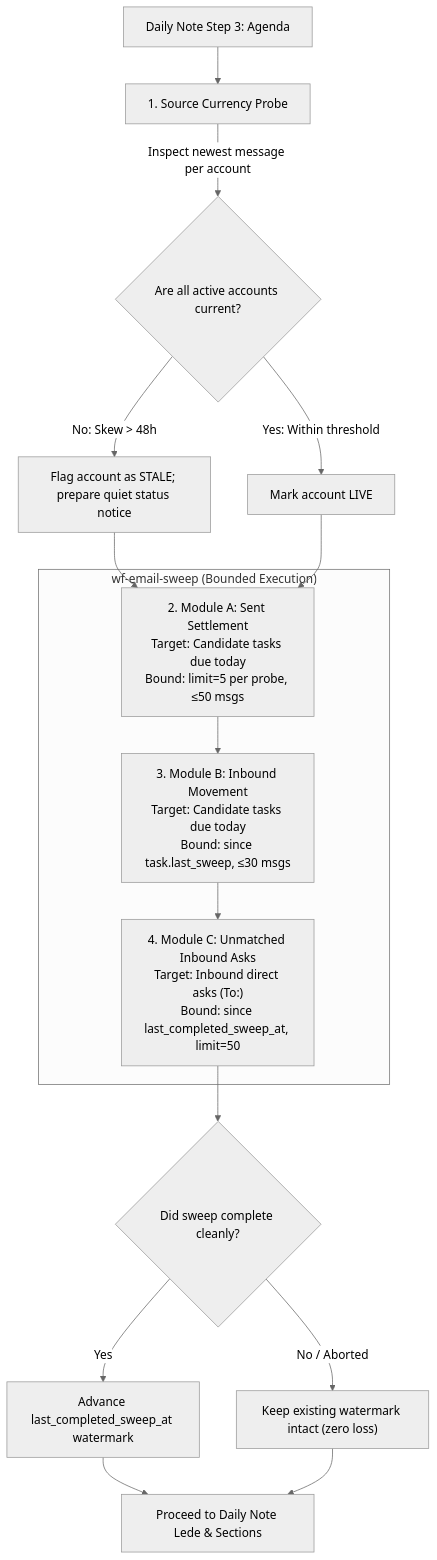
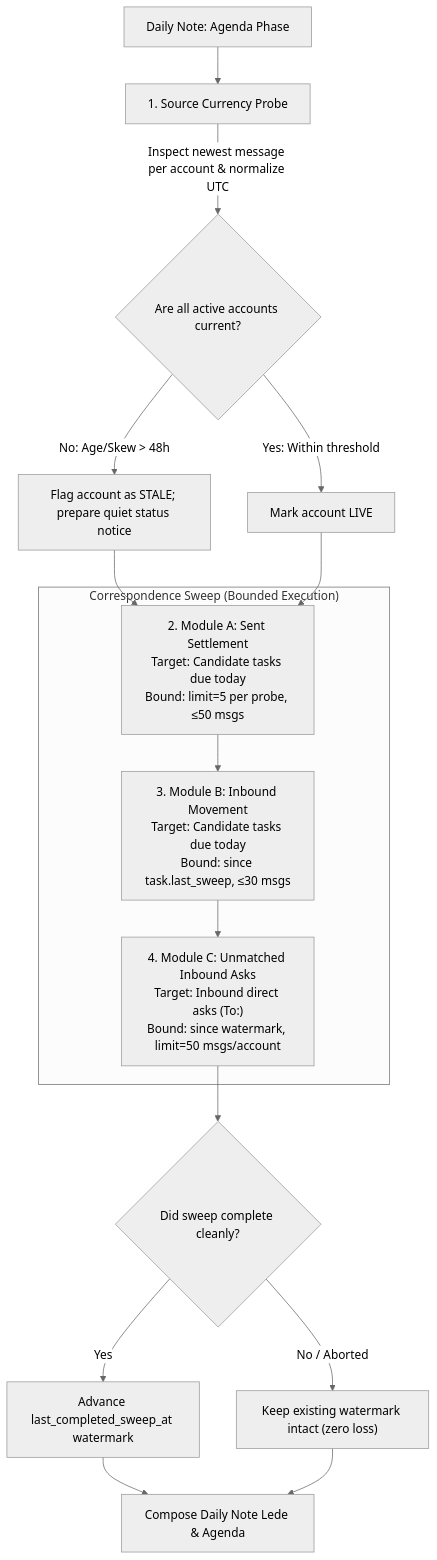
Before and after one commit to nicsuzor/academicOps: the diagram in specs/enforcement/bounded-correspondence-sweep.md, drawn with Mermaid (neutral theme). The commit also changed other lines of this file and 1 other file, not shown here.

````diff
--- a/specs/enforcement/bounded-correspondence-sweep.md
+++ b/specs/enforcement/bounded-correspondence-sweep.md
@@ -98,24 +94,24 @@
 ```mermaid
 flowchart TD
-    START["Daily Note Step 3: Agenda"] --> SRC["1. Source Currency Probe"]
-    SRC -->|Inspect newest message per account| EVAL_SRC{"Are all active accounts current?"}
-    
-    EVAL_SRC -->|No: Skew > 48h| STALE["Flag account as STALE; prepare quiet status notice"]
-    EVAL_SRC -->|Yes: Within threshold| LIVE["Mark account LIVE"]
-    
+    START["Daily Note: Agenda Phase"] --> PROBE["1. Source Currency Probe"]
+    PROBE -->|Inspect newest message per account & normalize UTC| EVAL{"Are all active accounts current?"}
+
+    EVAL -->|No: Age/Skew > 48h| STALE["Flag account as STALE; prepare quiet status notice"]
+    EVAL -->|Yes: Within threshold| LIVE["Mark account LIVE"]
+
     STALE --> MOD_A
     LIVE --> MOD_A
-    
-    subgraph SWEEP["wf-email-sweep (Bounded Execution)"]
+
+    subgraph SWEEP["Correspondence Sweep (Bounded Execution)"]
         MOD_A["2. Module A: Sent Settlement<br/>Target: Candidate tasks due today<br/>Bound: limit=5 per probe, ≤50 msgs"] --> MOD_B
         MOD_B["3. Module B: Inbound Movement<br/>Target: Candidate tasks due today<br/>Bound: since task.last_sweep, ≤30 msgs"] --> MOD_C
-        MOD_C["4. Module C: Unmatched Inbound Asks<br/>Target: Inbound direct asks (To:)<br/>Bound: since last_completed_sweep_at, limit=50"]
+        MOD_C["4. Module C: Unmatched Inbound Asks<br/>Target: Inbound direct asks (To:)<br/>Bound: since watermark, limit=50 msgs/account"]
     end
-    
-    MOD_C --> WM{"Did sweep complete cleanly?"}
-    WM -->|Yes| ADV["Advance last_completed_sweep_at watermark"]
-    WM -->|No / Aborted| HOLD["Keep existing watermark intact (zero loss)"]
-    
-    ADV --> NOTE["Proceed to Daily Note Lede & Sections"]
-    HOLD --> NOTE
+
+    MOD_C --> CHECK{"Did sweep complete cleanly?"}
+    CHECK -->|Yes| ADV["Advance last_completed_sweep_at watermark"]
+    CHECK -->|No / Aborted| HOLD["Keep existing watermark intact (zero loss)"]
+
+    ADV --> COMPOSE["Compose Daily Note Lede & Agenda"]
+    HOLD --> COMPOSE
 ```
````
